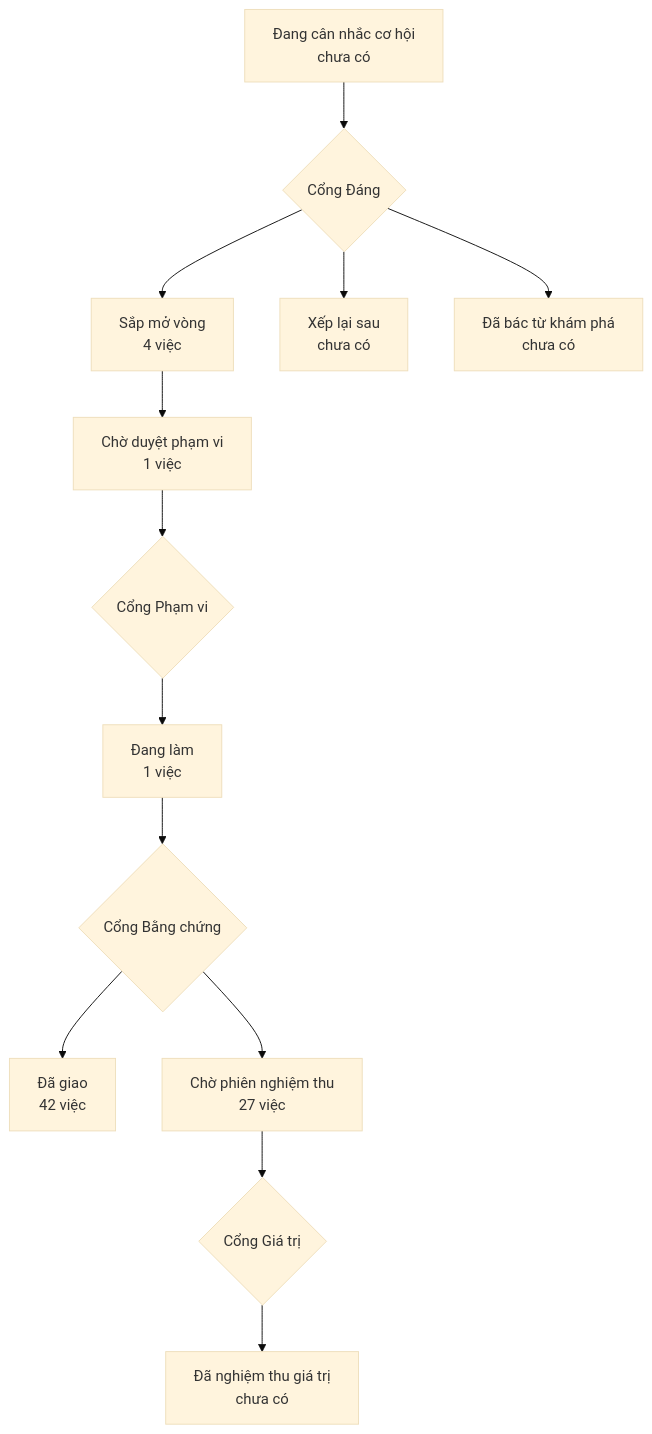
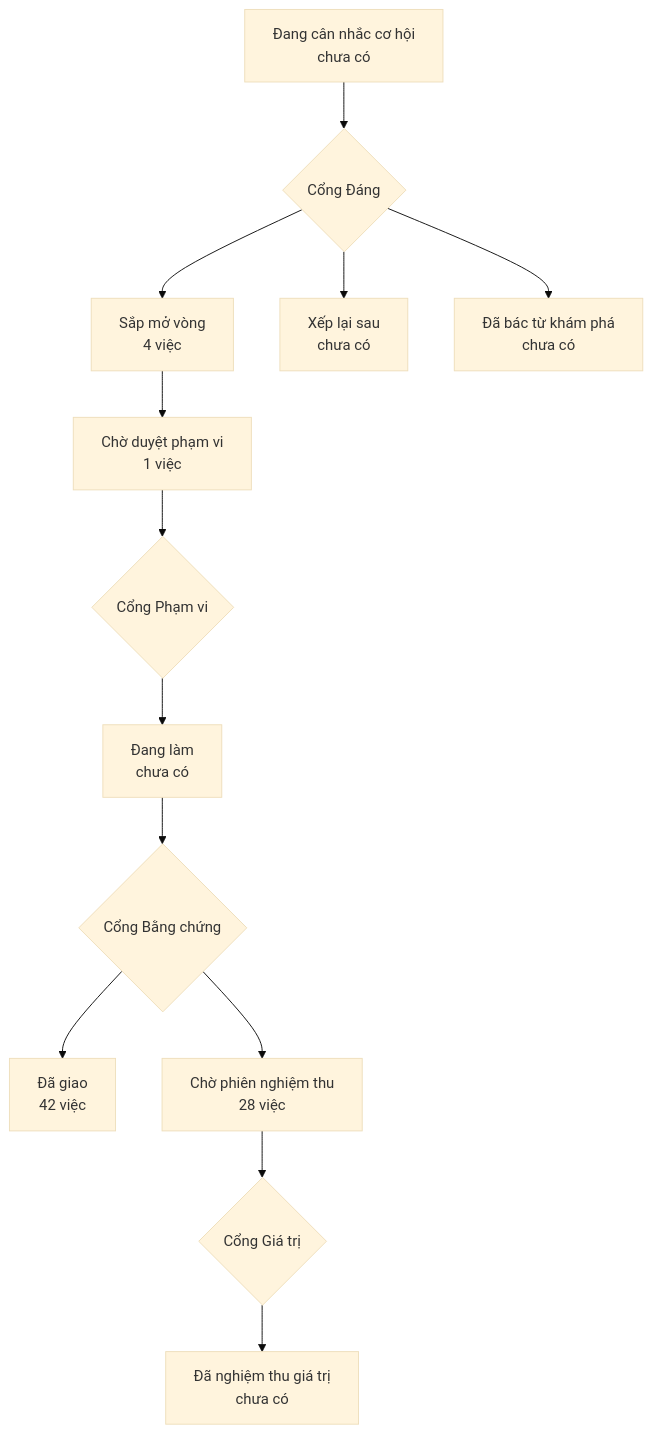
One commit to phanlemanh/onehub-invest changed the diagram in PRODUCT-MAP.md. Above: the diagram before and after it, drawn with Mermaid (base theme). The commit also changed other lines of this file and 4 other files, not shown here.

````diff
--- a/PRODUCT-MAP.md
+++ b/PRODUCT-MAP.md
@@ -7,12 +7,12 @@
 ```mermaid
 flowchart TD
   A["Đang cân nhắc cơ hội<br/>chưa có"] --> GD{"Cổng Đáng"}
   GD --> B["Sắp mở vòng<br/>4 việc"]
   GD --> XL["Xếp lại sau<br/>chưa có"]
   GD --> DB["Đã bác từ khám phá<br/>chưa có"]
   B --> CD["Chờ duyệt phạm vi<br/>1 việc"] --> GP{"Cổng Phạm vi"}
-  GP --> DL["Đang làm<br/>1 việc"] --> GB{"Cổng Bằng chứng"}
+  GP --> DL["Đang làm<br/>chưa có"] --> GB{"Cổng Bằng chứng"}
   GB --> DG["Đã giao<br/>42 việc"]
-  GB --> CN["Chờ phiên nghiệm thu<br/>27 việc"] --> GG{"Cổng Giá trị"}
+  GB --> CN["Chờ phiên nghiệm thu<br/>28 việc"] --> GG{"Cổng Giá trị"}
   GG --> NT["Đã nghiệm thu giá trị<br/>chưa có"]
 ```
````
